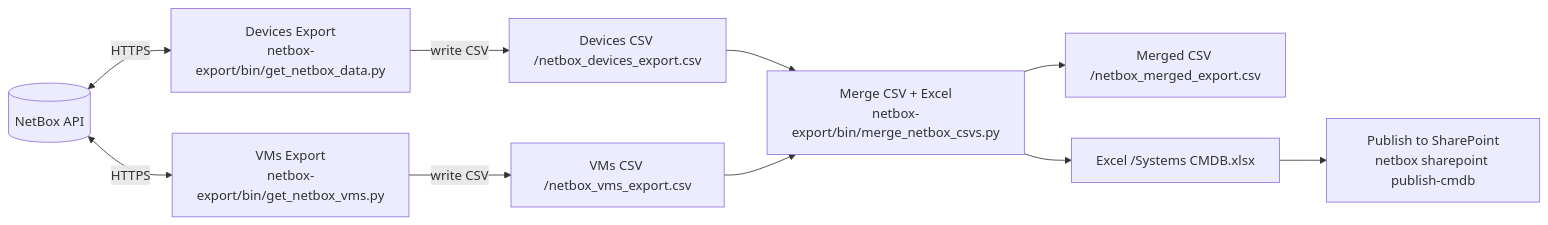
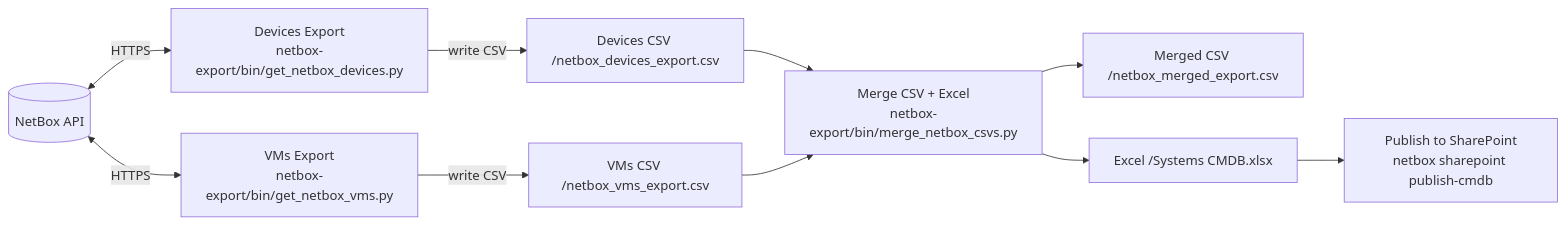
One commit to DanielTromp/Atlas changed the diagram in README.md. Above: the diagram before and after it, drawn with Mermaid. The commit also changed other lines of this file and 13 other files, not shown here.

````diff
--- a/README.md
+++ b/README.md
@@ -66,23 +109,23 @@
 ```mermaid
 flowchart LR
 
-  DEV["Devices Export\nnetbox-export/bin/get_netbox_data.py"]
+  DEV["Devices Export\nnetbox-export/bin/get_netbox_devices.py"]
   VMS["VMs Export\nnetbox-export/bin/get_netbox_vms.py"]
   MERGE["Merge CSV + Excel\nnetbox-export/bin/merge_netbox_csvs.py"]
 
 
   NB[(NetBox API)] <-->|HTTPS| DEV
   NB <-->|HTTPS| VMS
 
   DEV -->|write CSV| DCSV["Devices CSV <NETBOX_DATA_DIR>/netbox_devices_export.csv"]
   VMS -->|write CSV| VCSV["VMs CSV <NETBOX_DATA_DIR>/netbox_vms_export.csv"]
 
   DCSV --> MERGE
   VCSV --> MERGE
   MERGE --> MCSV["Merged CSV <NETBOX_DATA_DIR>/netbox_merged_export.csv"]
   MERGE --> MXL["Excel <NETBOX_DATA_DIR>/Systems CMDB.xlsx"]
 
   %% Optional publish step (auto when configured)
   UP["Publish to SharePoint\nnetbox sharepoint publish-cmdb"]
   MXL --> UP
 ```
````
